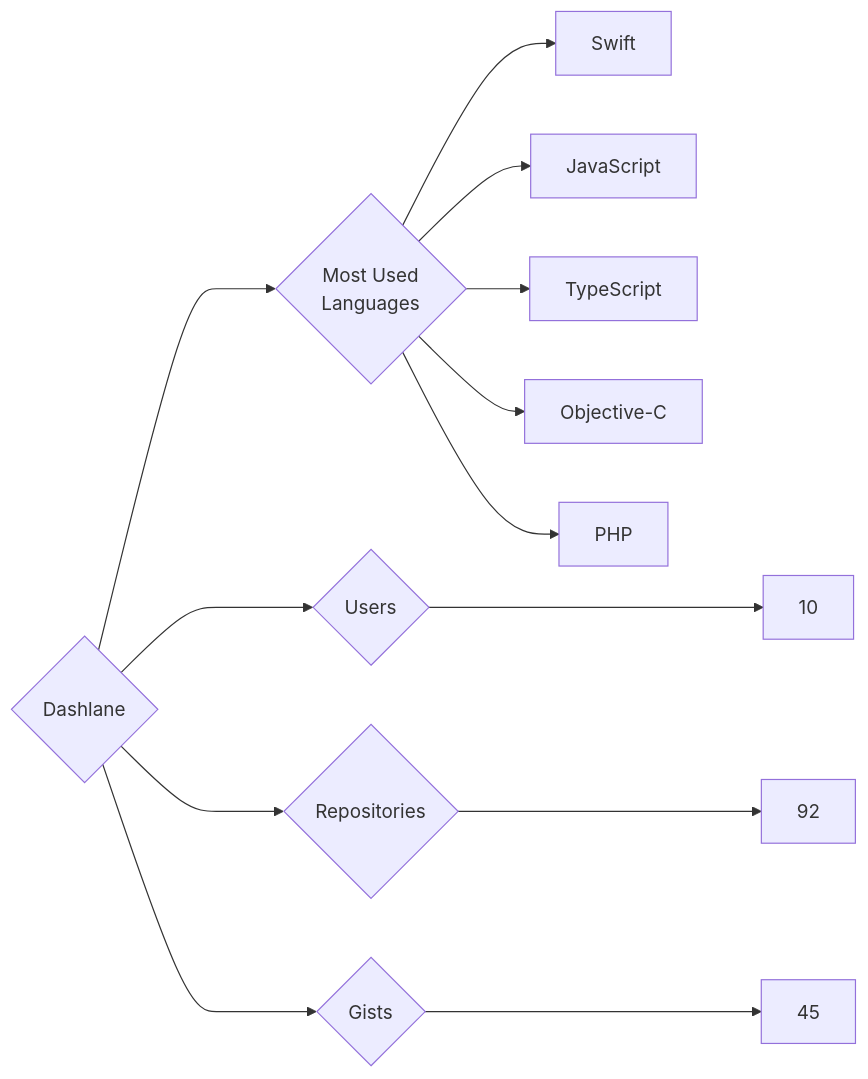
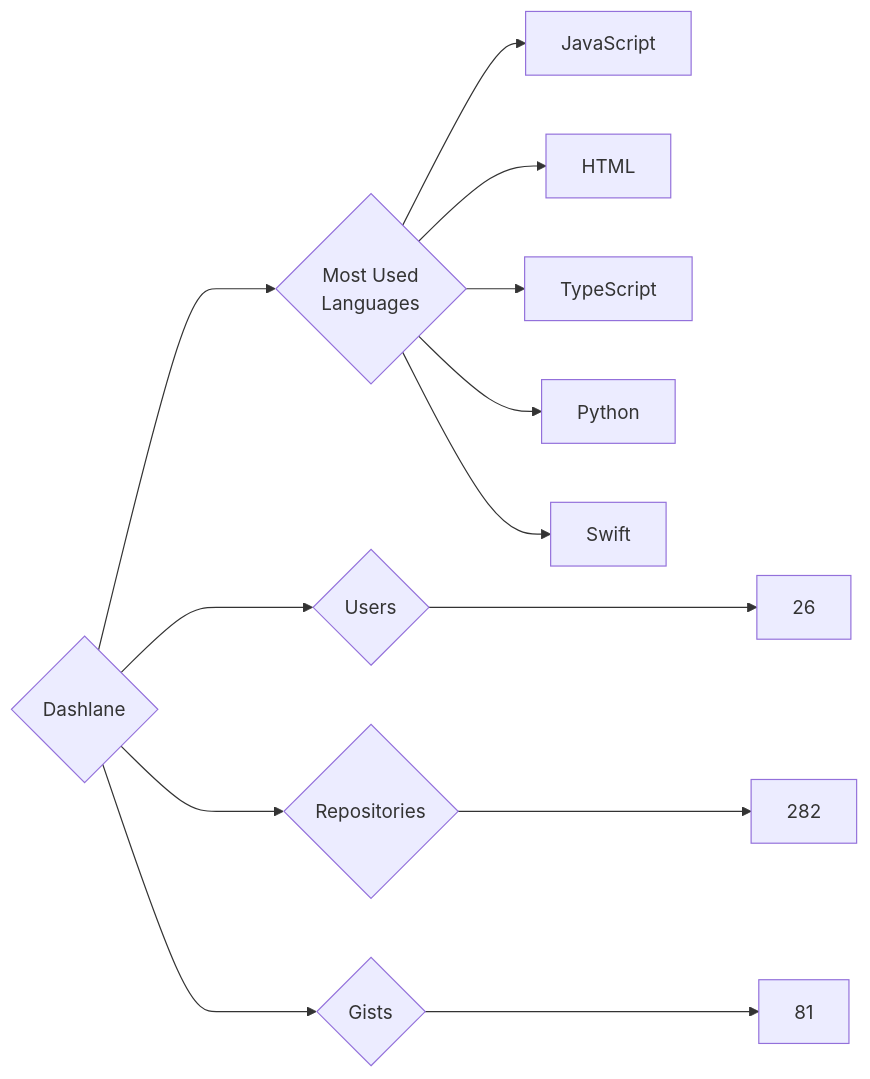
One commit to trickest/insiders changed the diagram in targets/Dashlane/README.md. Above: the diagram before and after it, drawn with Mermaid. The commit also changed 899 other files, not shown here.

````diff
--- a/targets/Dashlane/README.md
+++ b/targets/Dashlane/README.md
@@ -3,13 +3,13 @@
 ```mermaid
 graph LR
 COMPANY_NAME{Dashlane}
-COMPANY_NAME ---> U{Users} ---> UN[10]
-COMPANY_NAME ---> R{Repositories} ---> RN[92]
-COMPANY_NAME ---> G{Gists} ---> GN[45]
+COMPANY_NAME ---> U{Users} ---> UN[26]
+COMPANY_NAME ---> R{Repositories} ---> RN[282]
+COMPANY_NAME ---> G{Gists} ---> GN[81]
 COMPANY_NAME ---> ML{Most Used<br>Languages}
+ML --> JavaScript[JavaScript]
+ML --> HTML[HTML]
+ML --> TypeScript[TypeScript]
+ML --> Python[Python]
 ML --> Swift[Swift]
-ML --> JavaScript[JavaScript]
-ML --> TypeScript[TypeScript]
-ML --> Objective-C[Objective-C]
-ML --> PHP[PHP]
 ```
````
